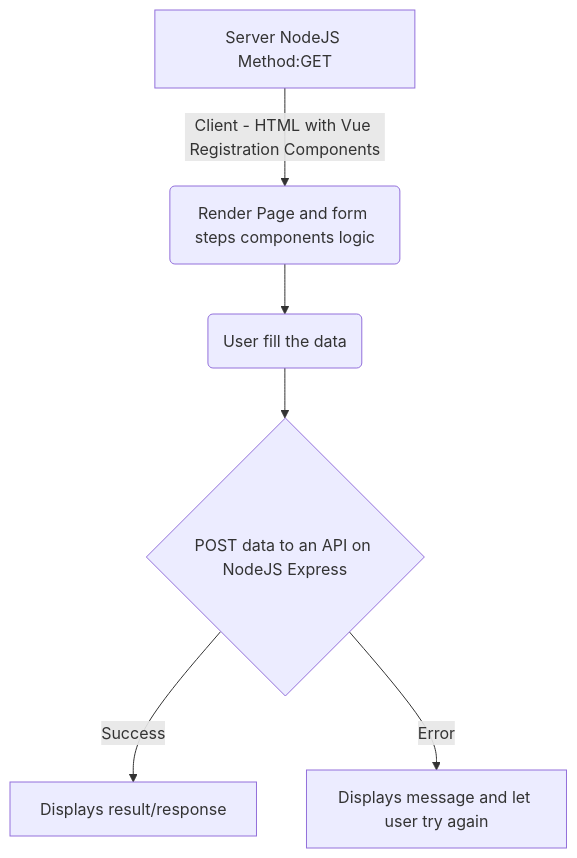
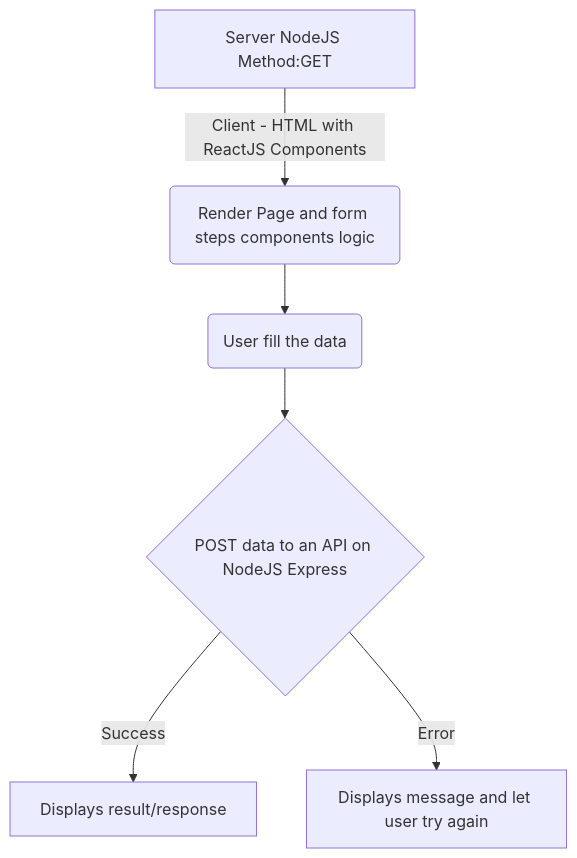
One commit to wuzuio/desafio-mb-react changed the diagram in README.md. Above: the diagram before and after it, drawn with Mermaid.

````diff
--- a/README.md
+++ b/README.md
@@ -30,8 +30,8 @@
 ```mermaid
 flowchart TD
-    A[Server NodeJS Method:GET] -->|Client - HTML with Vue Registration Components| B(Render Page and form steps components logic)
+    A[Server NodeJS Method:GET] -->|Client - HTML with ReactJS Components| B(Render Page and form steps components logic)
     B --> C(User fill the data)
     C --> D{POST data to an API on NodeJS Express}
     D -->|Success| F[Displays result/response]
     D -->|Error| G[Displays message and let user try again]
 ```
````
